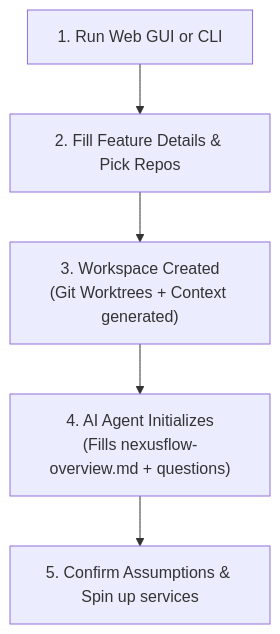
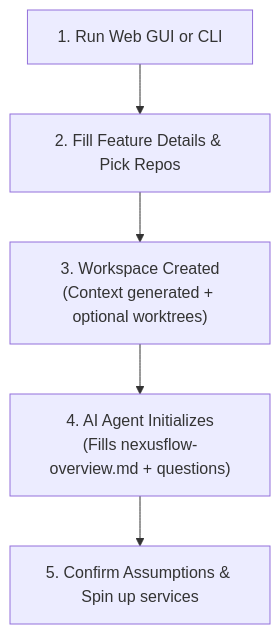
Before and after one commit to antan87/NexusFlow: the diagram in GETTING_STARTED.md, drawn with Mermaid. The commit also changed other lines of this file and 1 other file, not shown here.

````diff
--- a/GETTING_STARTED.md
+++ b/GETTING_STARTED.md
@@ -23,7 +23,7 @@
 ```mermaid
 flowchart TD
     A["1. Run Web GUI or CLI"] --> B["2. Fill Feature Details & Pick Repos"]
-    B --> C["3. Workspace Created\n(Git Worktrees + Context generated)"]
+    B --> C["3. Workspace Created\n(Context generated + optional worktrees)"]
     C --> D["4. AI Agent Initializes\n(Fills nexusflow-overview.md + questions)"]
     D --> E["5. Confirm Assumptions & Spin up services"]
 ```
````
